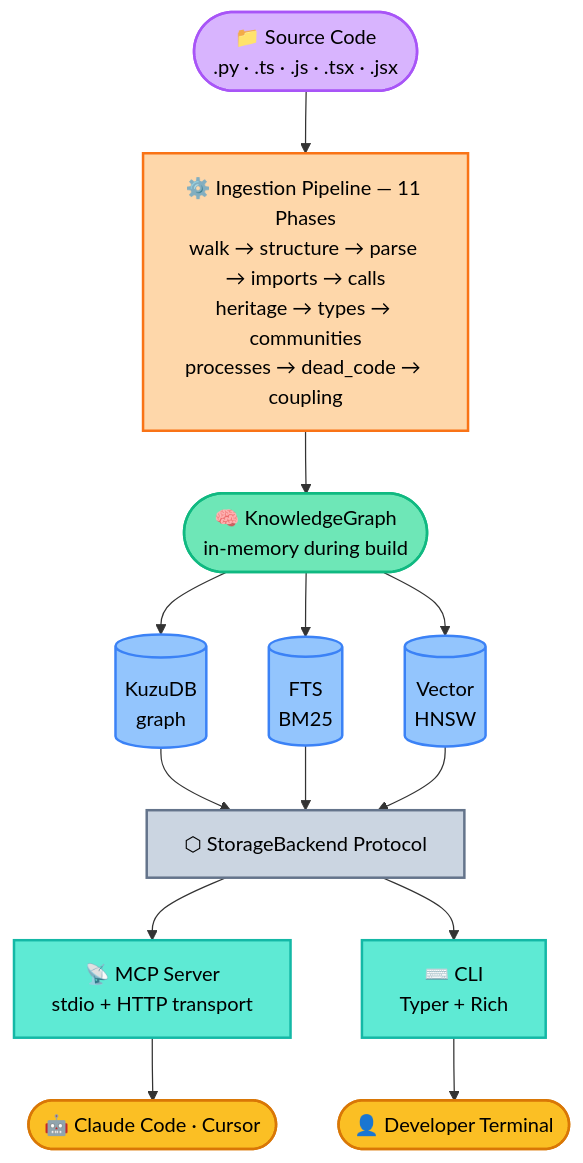
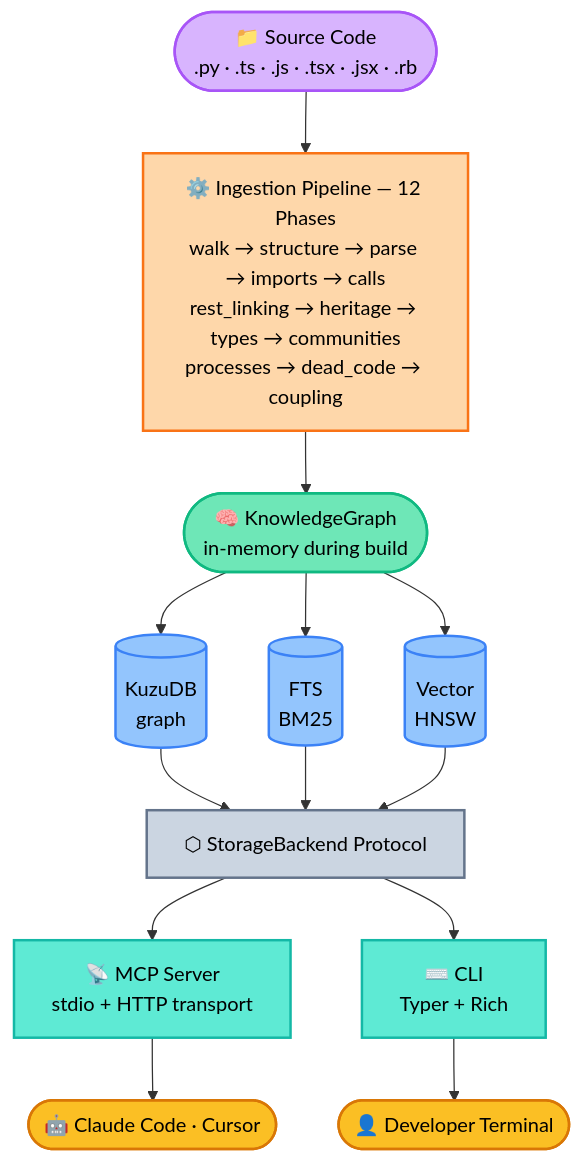
Before and after one commit to scanadi/synaptiq: the second of 2 diagrams in README.md, drawn with Mermaid. The commit also changed other lines of this file and 32 other files, not shown here.

````diff
--- a/README.md
+++ b/README.md
@@ -544,48 +549,48 @@
 ```mermaid
 flowchart TB
-    SRC(["📁 Source Code<br/>.py · .ts · .js · .tsx · .jsx"])
+    SRC(["📁 Source Code<br/>.py · .ts · .js · .tsx · .jsx · .rb"])
 
-    PIPELINE["⚙️ Ingestion Pipeline — 11 Phases<br/>walk → structure → parse → imports → calls<br/>heritage → types → communities<br/>processes → dead_code → coupling"]
+    PIPELINE["⚙️ Ingestion Pipeline — 12 Phases<br/>walk → structure → parse → imports → calls<br/>rest_linking → heritage → types → communities<br/>processes → dead_code → coupling"]
 
     KG(["🧠 KnowledgeGraph<br/>in-memory during build"])
 
     KUZU[(KuzuDB<br/>graph)]
     FTS[(FTS<br/>BM25)]
     VEC[(Vector<br/>HNSW)]
 
     PROTO["⬡ StorageBackend Protocol"]
 
     MCP_OUT["📡 MCP Server<br/>stdio + HTTP transport"]
     CLI_OUT["⌨️ CLI<br/>Typer + Rich"]
 
     CLAUDE(["🤖 Claude Code · Cursor"])
     DEV(["👤 Developer Terminal"])
 
     SRC --> PIPELINE --> KG
     KG --> KUZU
     KG --> FTS
     KG --> VEC
     KUZU --> PROTO
     FTS --> PROTO
     VEC --> PROTO
     PROTO --> MCP_OUT
     PROTO --> CLI_OUT
     MCP_OUT --> CLAUDE
     CLI_OUT --> DEV
 
     classDef source fill:#d8b4fe,stroke:#a855f7,color:#000,stroke-width:2px
     classDef pipeline fill:#fed7aa,stroke:#f97316,color:#000,stroke-width:2px
     classDef kg fill:#6ee7b7,stroke:#10b981,color:#000,stroke-width:2px
     classDef store fill:#93c5fd,stroke:#3b82f6,color:#000,stroke-width:2px
     classDef proto fill:#cbd5e1,stroke:#64748b,color:#000,stroke-width:2px
     classDef iface fill:#5eead4,stroke:#14b8a6,color:#000,stroke-width:2px
     classDef user fill:#fbbf24,stroke:#d97706,color:#000,stroke-width:2px
 
     class SRC source
     class PIPELINE pipeline
     class KG kg
     class KUZU,FTS,VEC store
     class PROTO proto
     class MCP_OUT,CLI_OUT iface
     class CLAUDE,DEV user
 ```
````
